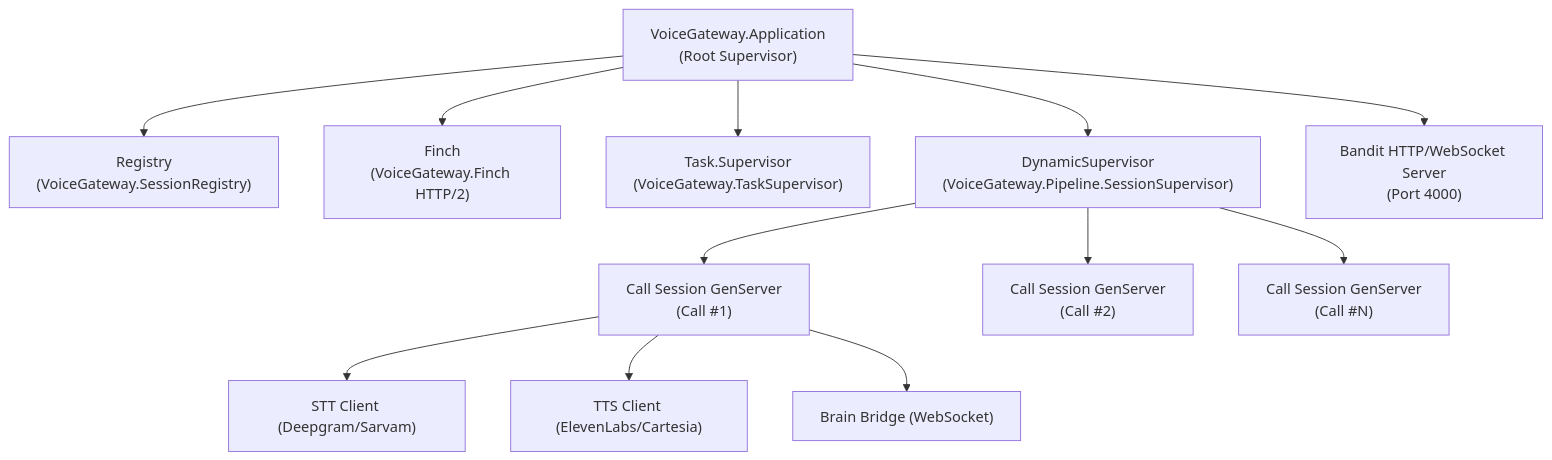
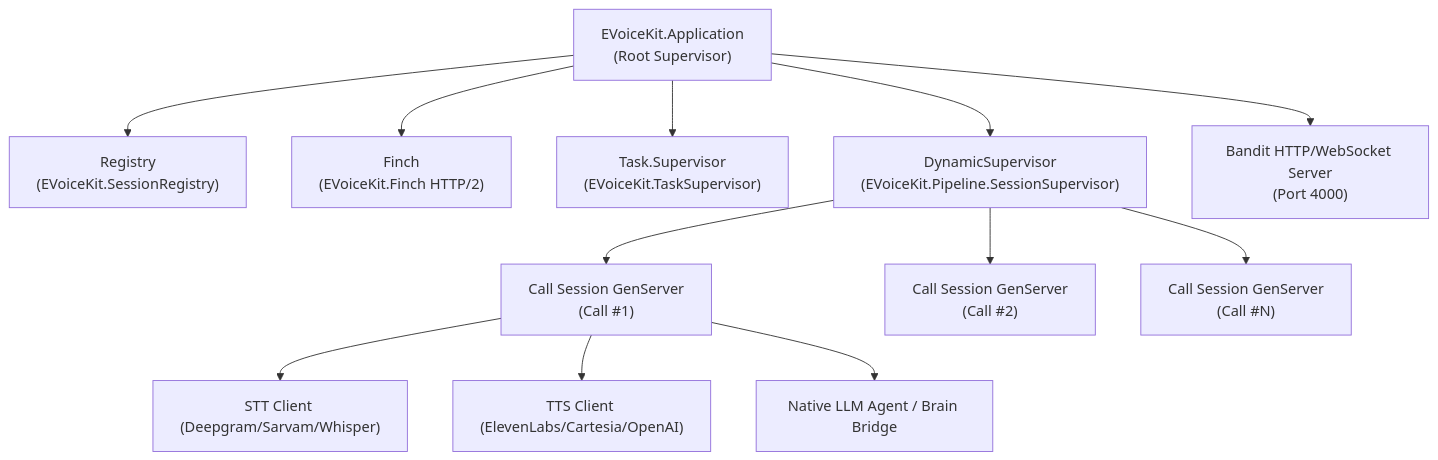
One commit to FLCN-16/e-voice-kit changed the diagram in docs/architecture.md. Above: the diagram before and after it, drawn with Mermaid. The commit also changed other lines of this file and 104 other files, not shown here.

Commit message:
feat: rename project to E-Voice-Kit (EVoiceKit)

````diff
--- a/docs/architecture.md
+++ b/docs/architecture.md
@@ -9,31 +9,31 @@
 ```mermaid
 flowchart TD
-    APP["VoiceGateway.Application\n(Root Supervisor)"]
-    REG["Registry\n(VoiceGateway.SessionRegistry)"]
-    FINCH["Finch\n(VoiceGateway.Finch HTTP/2)"]
-    TASK_SUP["Task.Supervisor\n(VoiceGateway.TaskSupervisor)"]
-    DYN_SUP["DynamicSupervisor\n(VoiceGateway.Pipeline.SessionSupervisor)"]
+    APP["EVoiceKit.Application\n(Root Supervisor)"]
+    REG["Registry\n(EVoiceKit.SessionRegistry)"]
+    FINCH["Finch\n(EVoiceKit.Finch HTTP/2)"]
+    TASK_SUP["Task.Supervisor\n(EVoiceKit.TaskSupervisor)"]
+    DYN_SUP["DynamicSupervisor\n(EVoiceKit.Pipeline.SessionSupervisor)"]
     BANDIT["Bandit HTTP/WebSocket Server\n(Port 4000)"]
 
     SESSION_1["Call Session GenServer\n(Call #1)"]
     SESSION_2["Call Session GenServer\n(Call #2)"]
     SESSION_N["Call Session GenServer\n(Call #N)"]
 
-    STT_1["STT Client (Deepgram/Sarvam)"]
-    TTS_1["TTS Client (ElevenLabs/Cartesia)"]
-    BRAIN_1["Brain Bridge (WebSocket)"]
+    STT_1["STT Client (Deepgram/Sarvam/Whisper)"]
+    TTS_1["TTS Client (ElevenLabs/Cartesia/OpenAI)"]
+    BRAIN_1["Native LLM Agent / Brain Bridge"]
 
     APP --> REG
     APP --> FINCH
     APP --> TASK_SUP
     APP --> DYN_SUP
     APP --> BANDIT
 
     DYN_SUP --> SESSION_1
     DYN_SUP --> SESSION_2
     DYN_SUP --> SESSION_N
 
     SESSION_1 --> STT_1
     SESSION_1 --> TTS_1
     SESSION_1 --> BRAIN_1
 ```
````
